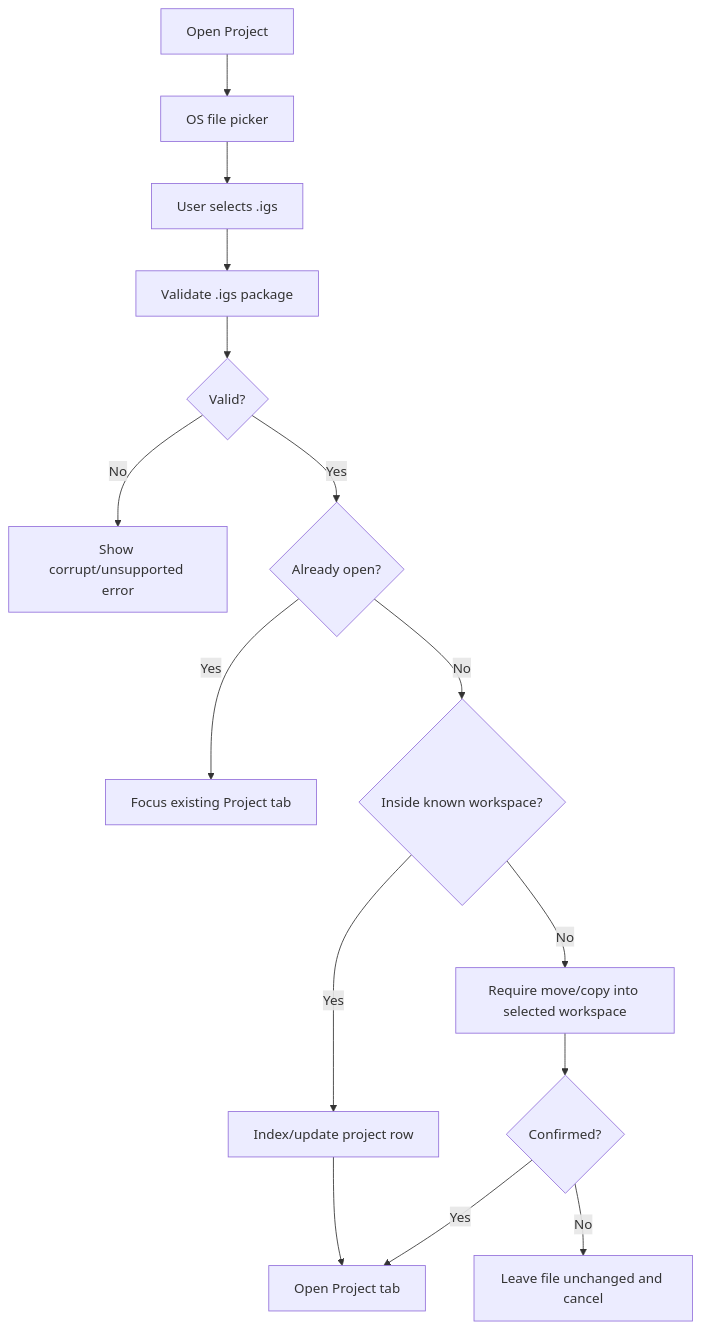
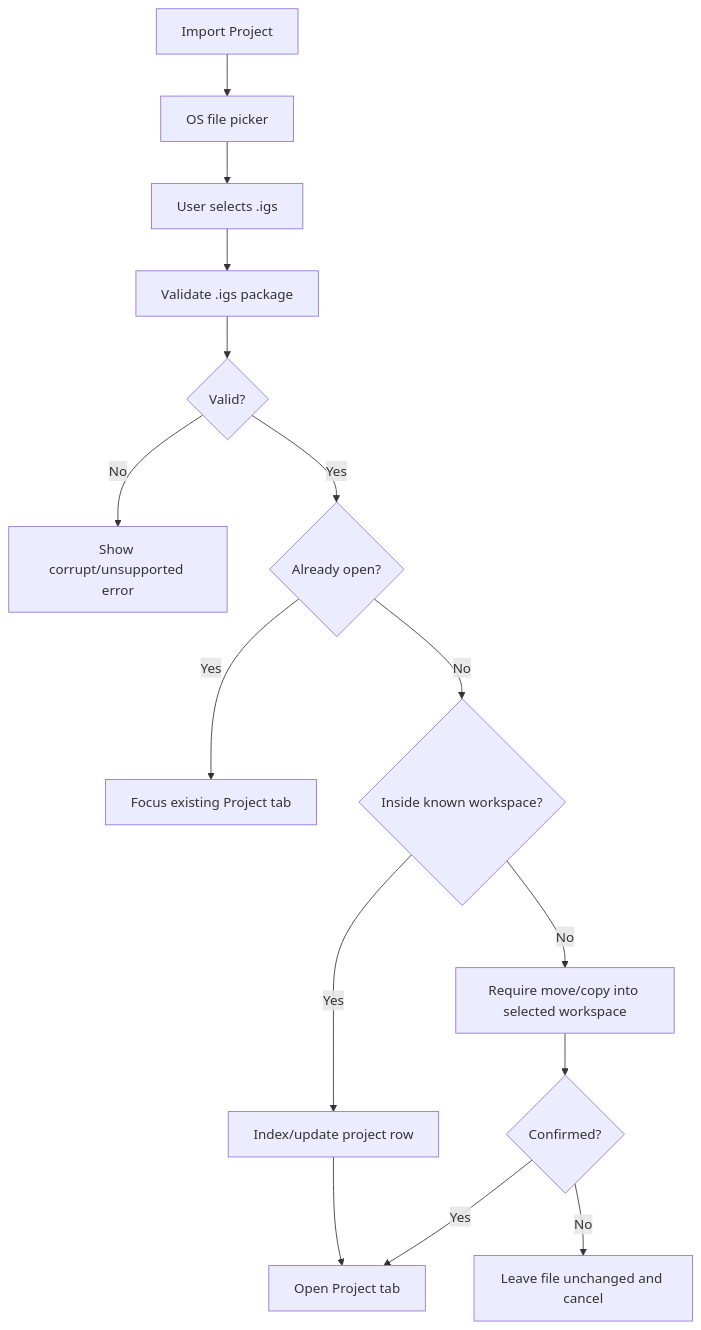
The fourth of 6 diagrams in docs/features/home-screen.md (BMFreed/imagegen-studio), drawn with Mermaid before and after one commit. The commit also changed other lines of this file and 41 other files, not shown here.

````diff
--- a/docs/features/home-screen.md
+++ b/docs/features/home-screen.md
@@ -341,17 +345,17 @@
 ```mermaid
 flowchart TD
-  A["Open Project"] --> B["OS file picker"]
+  A["Import Project"] --> B["OS file picker"]
   B --> C["User selects .igs"]
   C --> D["Validate .igs package"]
   D --> E{"Valid?"}
   E -- "No" --> F["Show corrupt/unsupported error"]
   E -- "Yes" --> G{"Already open?"}
   G -- "Yes" --> H["Focus existing Project tab"]
   G -- "No" --> I{"Inside known workspace?"}
   I -- "Yes" --> J["Index/update project row"]
   I -- "No" --> K["Require move/copy into selected workspace"]
   J --> L["Open Project tab"]
   K --> M{"Confirmed?"}
   M -- "Yes" --> L
   M -- "No" --> N["Leave file unchanged and cancel"]
 ```
````
